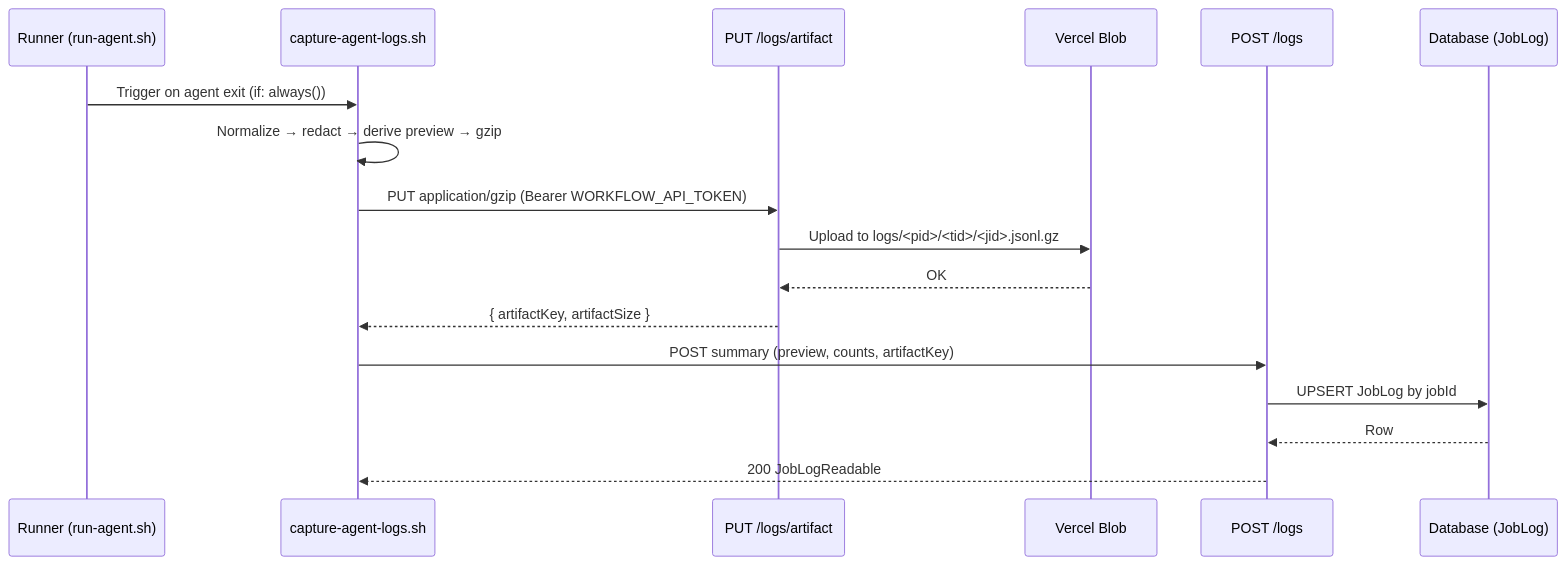
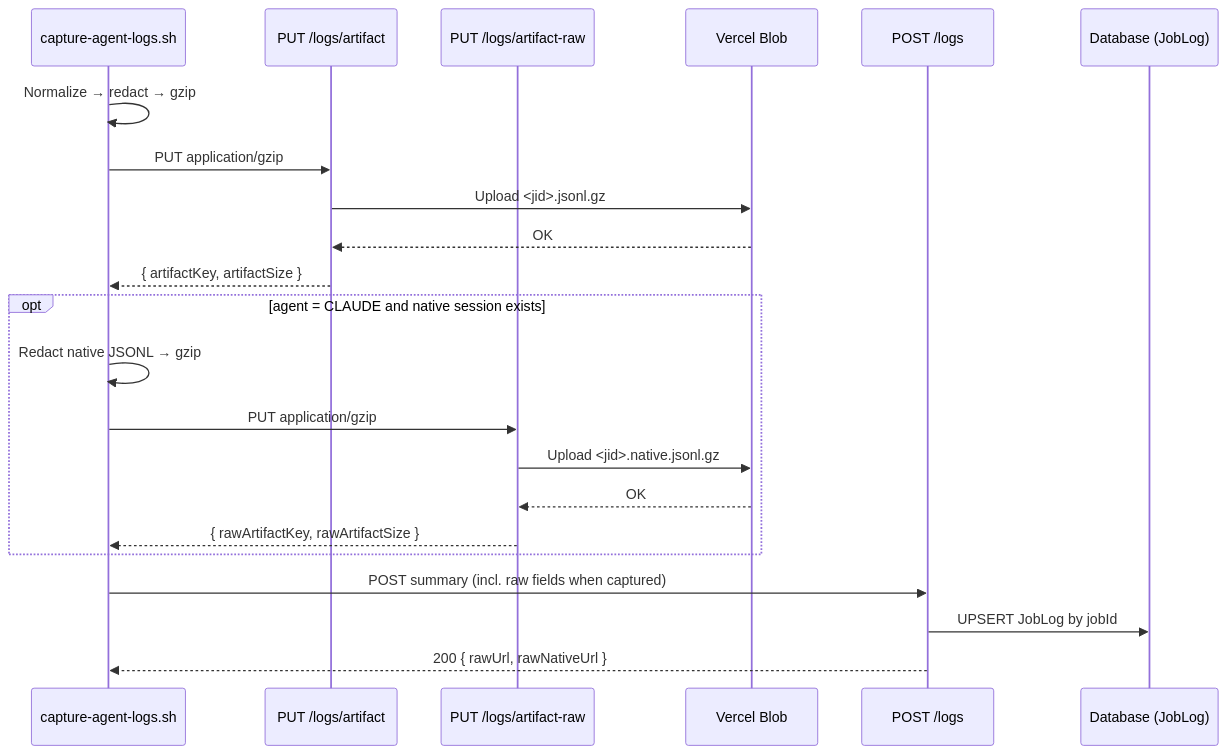
Before and after one commit to bfernandez31/ai-board: the second of 2 diagrams in specs/specifications/technical/api/endpoints/jobs.md, drawn with Mermaid. The commit also changed other lines of this file and 3 other files, not shown here.

````diff
--- a/specs/specifications/technical/api/endpoints/jobs.md
+++ b/specs/specifications/technical/api/endpoints/jobs.md
@@ -648,20 +733,25 @@
 ```mermaid
 sequenceDiagram
-    participant RN as Runner (run-agent.sh)
     participant CAP as capture-agent-logs.sh
     participant ART as PUT /logs/artifact
+    participant RAW as PUT /logs/artifact-raw
     participant BLOB as Vercel Blob
     participant LOG as POST /logs
     participant DB as Database (JobLog)
 
-    RN->>CAP: Trigger on agent exit (if: always())
-    CAP->>CAP: Normalize → redact → derive preview → gzip
-    CAP->>ART: PUT application/gzip (Bearer WORKFLOW_API_TOKEN)
-    ART->>BLOB: Upload to logs/<pid>/<tid>/<jid>.jsonl.gz
+    CAP->>CAP: Normalize → redact → gzip
+    CAP->>ART: PUT application/gzip
+    ART->>BLOB: Upload <jid>.jsonl.gz
     BLOB-->>ART: OK
     ART-->>CAP: { artifactKey, artifactSize }
-    CAP->>LOG: POST summary (preview, counts, artifactKey)
+    opt agent = CLAUDE and native session exists
+        CAP->>CAP: Redact native JSONL → gzip
+        CAP->>RAW: PUT application/gzip
+        RAW->>BLOB: Upload <jid>.native.jsonl.gz
+        BLOB-->>RAW: OK
+        RAW-->>CAP: { rawArtifactKey, rawArtifactSize }
+    end
+    CAP->>LOG: POST summary (incl. raw fields when captured)
     LOG->>DB: UPSERT JobLog by jobId
-    DB-->>LOG: Row
-    LOG-->>CAP: 200 JobLogReadable
+    LOG-->>CAP: 200 { rawUrl, rawNativeUrl }
 ```
````
